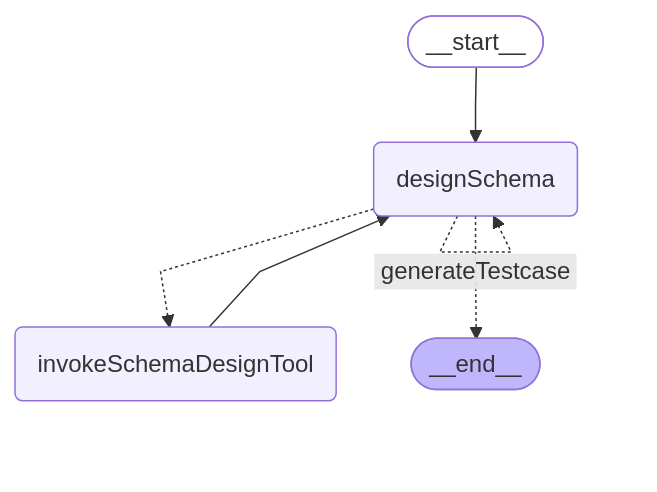
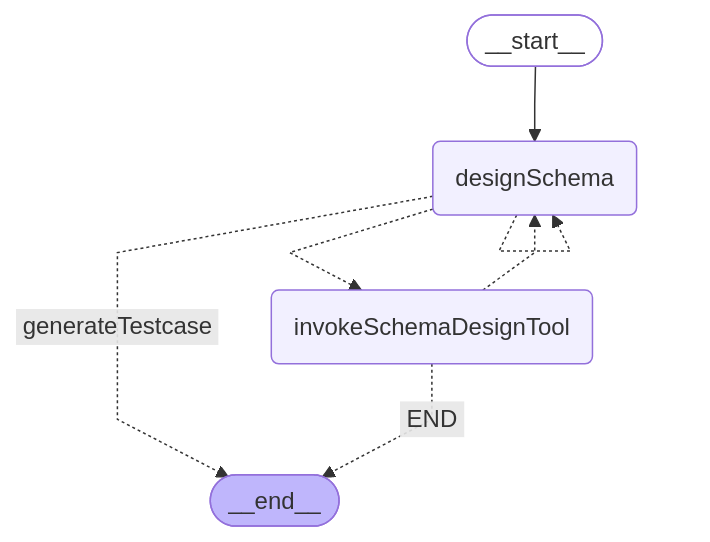
The fourth of 6 diagrams in frontend/internal-packages/agent/README.md (yzkee/liam), drawn with Mermaid before and after one commit. The commit also changed other lines of this file and 4 other files, not shown here.

````diff
--- a/frontend/internal-packages/agent/README.md
+++ b/frontend/internal-packages/agent/README.md
@@ -169,16 +169,17 @@
 ```mermaid
 %%{init: {'flowchart': {'curve': 'linear'}}}%%
 graph TD;
 	__start__([<p>__start__</p>]):::first
 	designSchema(designSchema)
 	invokeSchemaDesignTool(invokeSchemaDesignTool)
 	__end__([<p>__end__</p>]):::last
 	__start__ --> designSchema;
-	invokeSchemaDesignTool --> designSchema;
 	designSchema -.-> invokeSchemaDesignTool;
 	designSchema -. &nbsp;generateTestcase&nbsp; .-> __end__;
+	invokeSchemaDesignTool -. &nbsp;END&nbsp; .-> __end__;
+	invokeSchemaDesignTool -.-> designSchema;
 	designSchema -.-> designSchema;
 	classDef default fill:#f2f0ff,line-height:1.2;
 	classDef first fill-opacity:0;
 	classDef last fill:#bfb6fc;
 ```
````
